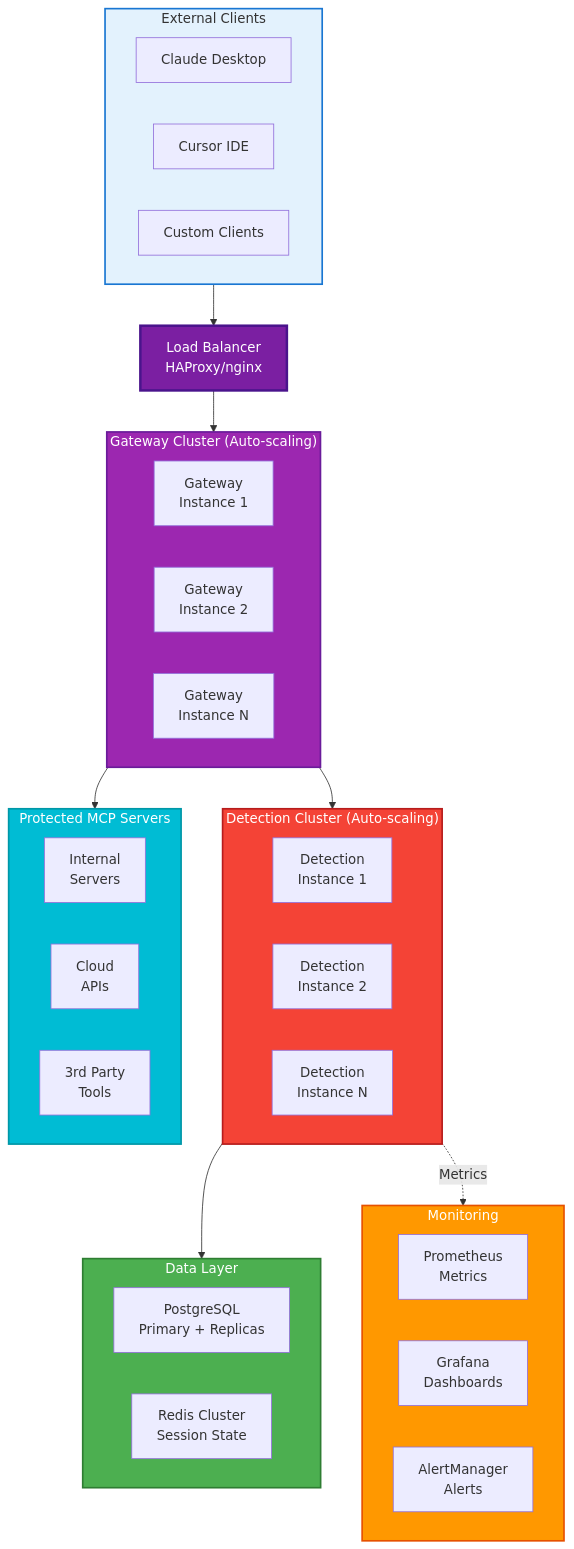
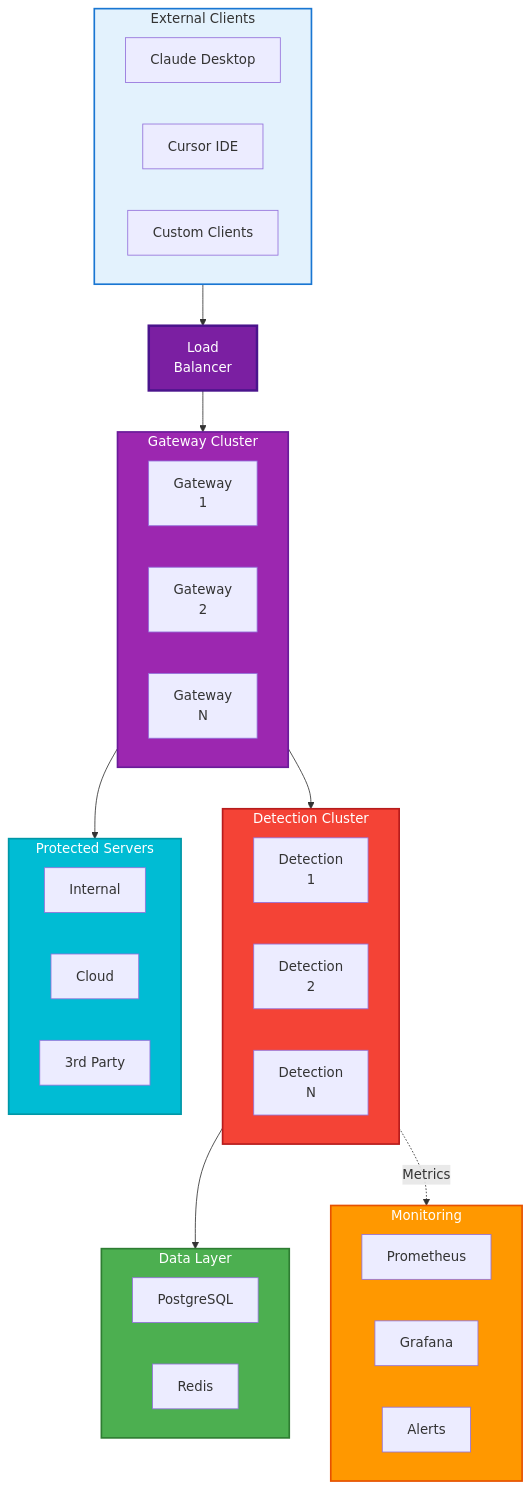
Before and after one commit to safe-mcp-platform/safe-mcp-platform: the sixth of 6 diagrams in ARCHITECTURE.md, drawn with Mermaid. The commit also changed other lines of this file, not shown here.

Commit message:
Fix diagram text overlaps - make labels concise and clean

````diff
--- a/ARCHITECTURE.md
+++ b/ARCHITECTURE.md
@@ -465,54 +465,54 @@
 ```mermaid
 graph TB
     subgraph EXTERNAL["External Clients"]
         CLIENT1["Claude Desktop"]
         CLIENT2["Cursor IDE"]
         CLIENT3["Custom Clients"]
     end
     
-    LB["Load Balancer<br/>HAProxy/nginx"]
+    LB["Load<br/>Balancer"]
     
-    subgraph GATEWAY_CLUSTER["Gateway Cluster (Auto-scaling)"]
-        GW1["Gateway<br/>Instance 1"]
-        GW2["Gateway<br/>Instance 2"]
-        GW3["Gateway<br/>Instance N"]
+    subgraph GATEWAY_CLUSTER["Gateway Cluster"]
+        GW1["Gateway<br/>1"]
+        GW2["Gateway<br/>2"]
+        GW3["Gateway<br/>N"]
     end
     
-    subgraph DETECTION_CLUSTER["Detection Cluster (Auto-scaling)"]
-        DET1["Detection<br/>Instance 1"]
-        DET2["Detection<br/>Instance 2"]
-        DET3["Detection<br/>Instance N"]
+    subgraph DETECTION_CLUSTER["Detection Cluster"]
+        DET1["Detection<br/>1"]
+        DET2["Detection<br/>2"]
+        DET3["Detection<br/>N"]
     end
     
     subgraph DATABASE["Data Layer"]
-        PG["PostgreSQL<br/>Primary + Replicas"]
-        REDIS_CLUSTER["Redis Cluster<br/>Session State"]
+        PG["PostgreSQL"]
+        REDIS_CLUSTER["Redis"]
     end
     
     subgraph MONITORING["Monitoring"]
-        PROM["Prometheus<br/>Metrics"]
-        GRAF["Grafana<br/>Dashboards"]
-        ALERT["AlertManager<br/>Alerts"]
+        PROM["Prometheus"]
+        GRAF["Grafana"]
+        ALERT["Alerts"]
     end
     
-    subgraph UPSTREAM["Protected MCP Servers"]
-        SERVER1["Internal<br/>Servers"]
-        SERVER2["Cloud<br/>APIs"]
-        SERVER3["3rd Party<br/>Tools"]
+    subgraph UPSTREAM["Protected Servers"]
+        SERVER1["Internal"]
+        SERVER2["Cloud"]
+        SERVER3["3rd Party"]
     end
     
     EXTERNAL --> LB
     LB --> GATEWAY_CLUSTER
     GATEWAY_CLUSTER --> DETECTION_CLUSTER
     DETECTION_CLUSTER --> DATABASE
     DETECTION_CLUSTER -.->|"Metrics"| MONITORING
     GATEWAY_CLUSTER --> UPSTREAM
     
     style EXTERNAL fill:#e3f2fd,stroke:#1976d2,stroke-width:2px
     style LB fill:#7b1fa2,color:#fff,stroke:#4a148c,stroke-width:3px
     style GATEWAY_CLUSTER fill:#9c27b0,color:#fff,stroke:#6a1b9a,stroke-width:2px
     style DETECTION_CLUSTER fill:#f44336,color:#fff,stroke:#b71c1c,stroke-width:2px
     style DATABASE fill:#4caf50,color:#fff,stroke:#2e7d32,stroke-width:2px
     style MONITORING fill:#ff9800,color:#fff,stroke:#e65100,stroke-width:2px
     style UPSTREAM fill:#00bcd4,color:#fff,stroke:#0097a7,stroke-width:2px
 ```
````
